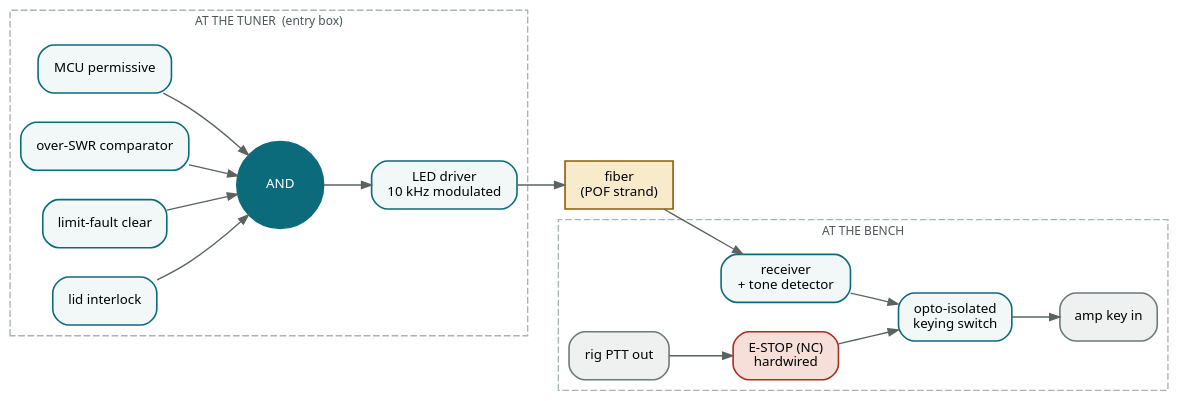
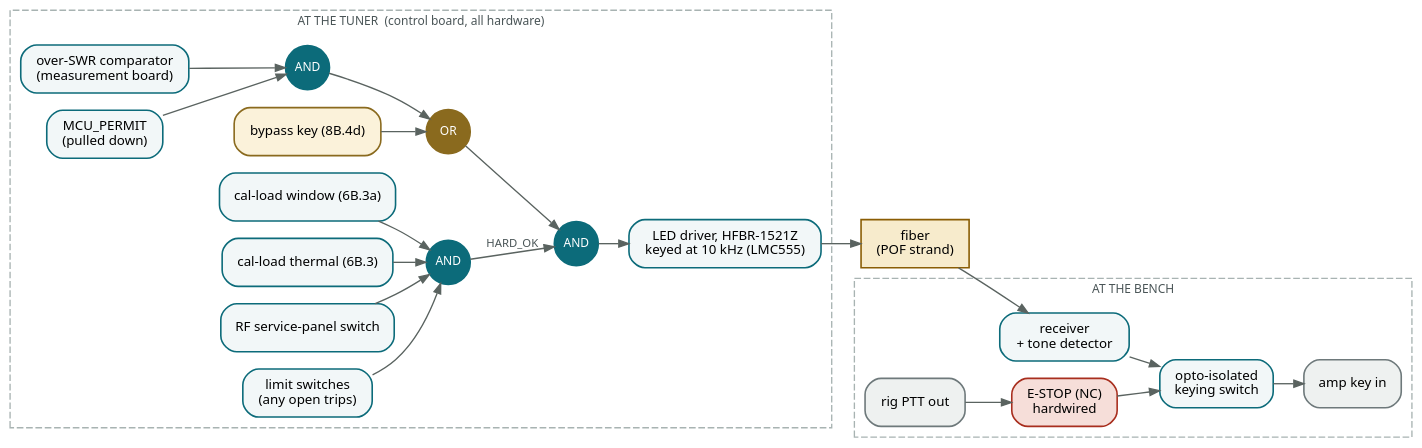
One commit to driador/antenna-tuner changed the diagram in doc/diagrams/interlock.dot. Above: the diagram before and after it, drawn with Graphviz. The commit also changed 55 other files, not shown here.

```diff
--- a/doc/diagrams/interlock.dot
+++ b/doc/diagrams/interlock.dot
@@ -1,33 +1,41 @@
 digraph intl {
-  rankdir=LR; nodesep=0.3; ranksep=0.5;
+  rankdir=LR; nodesep=0.18; ranksep=0.3;
   graph [fontname="Noto Sans", fontsize=10, bgcolor="transparent", pad=0.15];
   node  [fontname="Noto Sans", fontsize=10, shape=box, style="rounded,filled",
          fillcolor="#F2F7F8", color="#0C6B7A", penwidth=1.2, margin="0.16,0.09"];
   edge  [fontname="Noto Sans", fontsize=8.5, color="#5A6360", arrowsize=0.75,
          fontcolor="#4A5557"];
   subgraph cluster_t {
-    label="AT THE TUNER  (entry box)"; fontname="Noto Sans"; fontsize=9;
+    label="AT THE TUNER  (control board, all hardware)"; fontname="Noto Sans"; fontsize=9;
     color="#A8B3B2"; style=dashed; fontcolor="#4A5557";
-    mcu  [label="MCU permissive"];
-    cmp  [label="over-SWR comparator"];
-    lim  [label="limit-fault clear"];
-    lid  [label="lid interlock"];
-    and  [label="AND", shape=circle, width=0.42, fillcolor="#0C6B7A",
-          fontcolor="white", color="#0C6B7A"];
-    led  [label="LED driver\n10 kHz modulated"];
-    mcu->and; cmp->and; lim->and; lid->and; and->led;
+    swr  [label="over-SWR comparator\n(measurement board)"];
+    mcu  [label="MCU_PERMIT\n(pulled down)"];
+    byp  [label="bypass key (8B.4d)", fillcolor="#FBF2DA", color="#8A6A1E"];
+    win  [label="cal-load window (6B.3a)"];
+    thm  [label="cal-load thermal (6B.3)"];
+    pnl  [label="RF service-panel switch"];
+    lim  [label="limit switches\n(any open trips)"];
+    and1 [label="AND", shape=circle, fixedsize=true, width=0.46, fontsize=9, fillcolor="#0C6B7A", fontcolor="white", color="#0C6B7A"];
+    or1  [label="OR",  shape=circle, fixedsize=true, width=0.46, fontsize=9, fillcolor="#8A6A1E", fontcolor="white", color="#8A6A1E"];
+    hard [label="AND", shape=circle, fixedsize=true, width=0.46, fontsize=9, fillcolor="#0C6B7A", fontcolor="white", color="#0C6B7A"];
+    and2 [label="AND", shape=circle, fixedsize=true, width=0.46, fontsize=9, fillcolor="#0C6B7A", fontcolor="white", color="#0C6B7A"];
+    led  [label="LED driver, HFBR-1521Z\nkeyed at 10 kHz (LMC555)"];
+    swr->and1; mcu->and1; and1->or1; byp->or1;
+    win->hard; thm->hard; pnl->hard; lim->hard;
+    or1->and2; hard->and2 [label=" HARD_OK"];
+    and2->led;
   }
   fib [label="fiber\n(POF strand)", shape=box, style="filled", fillcolor="#F7EBCC",
        color="#8A5D04"];
   subgraph cluster_b {
     label="AT THE BENCH"; fontname="Noto Sans"; fontsize=9;
     color="#A8B3B2"; style=dashed; fontcolor="#4A5557";
     rx  [label="receiver\n+ tone detector"];
     sw  [label="opto-isolated\nkeying switch"];
     est [label="E-STOP (NC)\nhardwired", fillcolor="#F6DED9", color="#A82E1E"];
     rig [label="rig PTT out", fillcolor="#EEF1F0", color="#6E797B"];
     amp [label="amp key in", fillcolor="#EEF1F0", color="#6E797B"];
     rx->sw; rig->est->sw->amp;
   }
   led->fib->rx;
 }
```
